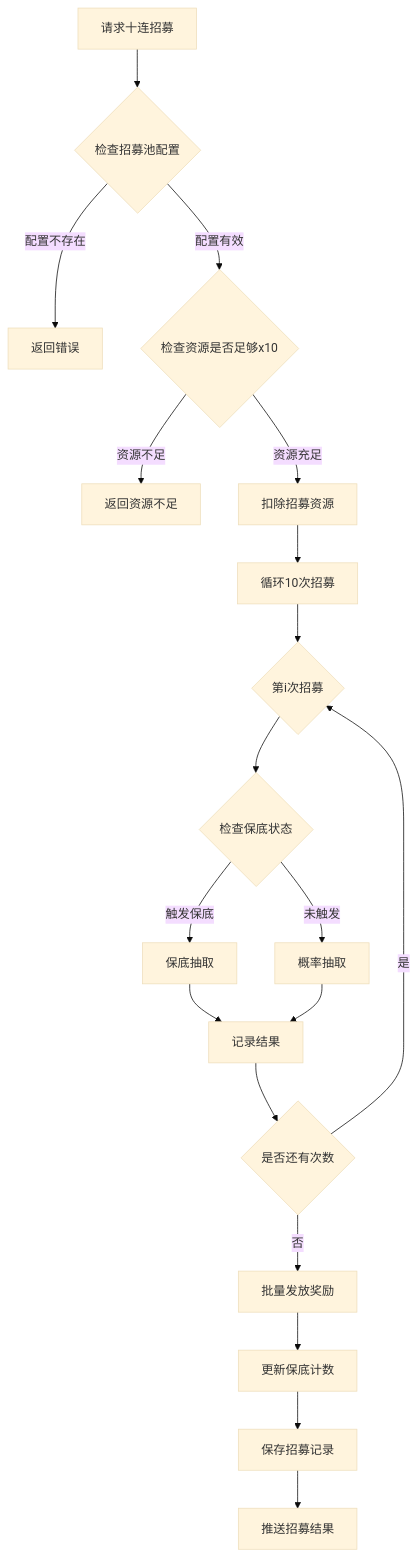
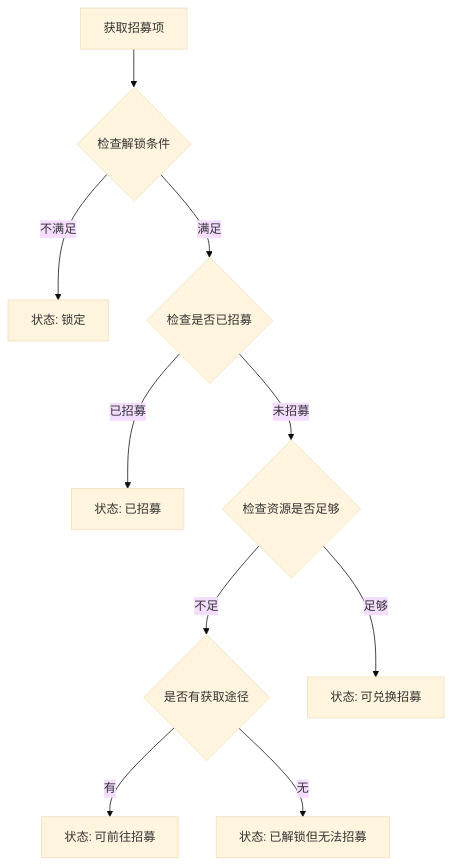
Before and after one commit to Alan-Ben/k2c_game_framework: the second of 4 diagrams in docs/Module_Recruit/05_完整说明.md, drawn with Mermaid (base theme). The commit also changed other lines of this file and 32 other files, not shown here.

````diff
--- a/docs/Module_Recruit/05_完整说明.md
+++ b/docs/Module_Recruit/05_完整说明.md
@@ -98,21 +84,12 @@
 ```mermaid
 flowchart TD
-    A[请求十连招募] --> B{检查招募池配置}
-    B -->|配置不存在| C[返回错误]
-    B -->|配置有效| D{检查资源是否足够x10}
-    D -->|资源不足| E[返回资源不足]
-    D -->|资源充足| F[扣除招募资源]
-    F --> G[循环10次招募]
-    G --> H{第i次招募}
-    H --> I{检查保底状态}
-    I -->|触发保底| J[保底抽取]
-    I -->|未触发| K[概率抽取]
-    J --> L[记录结果]
-    K --> L
-    L --> M{是否还有次数}
-    M -->|是| H
-    M -->|否| N[批量发放奖励]
-    N --> O[更新保底计数]
-    O --> P[保存招募记录]
-    P --> Q[推送招募结果]
+    A[获取招募项] --> B{检查解锁条件}
+    B -->|不满足| C[状态: 锁定]
+    B -->|满足| D{检查是否已招募}
+    D -->|已招募| E[状态: 已招募]
+    D -->|未招募| F{检查资源是否足够}
+    F -->|不足| G{是否有获取途径}
+    G -->|有| H[状态: 可前往招募]
+    G -->|无| I[状态: 已解锁但无法招募]
+    F -->|足够| J[状态: 可兑换招募]
 ```
````
